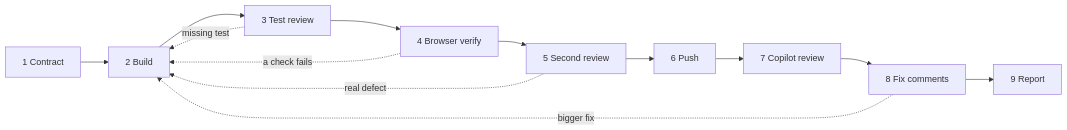
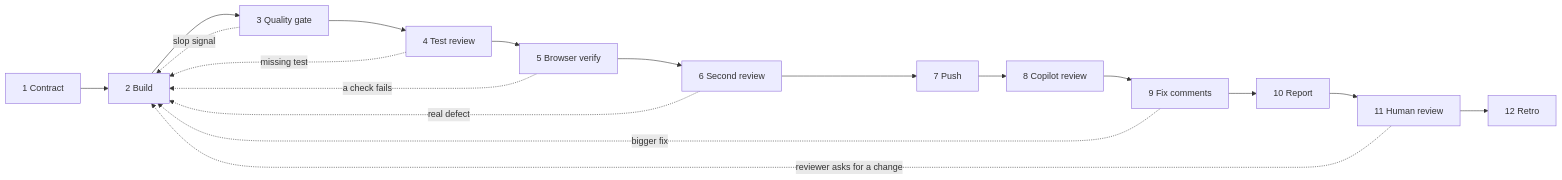
Before and after one commit to hal-9/claude-kit: the diagram in flows/story-loop/README.md, drawn with Mermaid. The commit also changed other lines of this file and 4 other files, not shown here.

````diff
--- a/flows/story-loop/README.md
+++ b/flows/story-loop/README.md
@@ -27,9 +27,12 @@
 ```mermaid
 flowchart LR
-  A[1 Contract] --> B[2 Build] --> C[3 Test review] --> D[4 Browser verify]
-  D --> E[5 Second review] --> F[6 Push] --> G[7 Copilot review] --> H[8 Fix comments] --> I[9 Report]
+  A[1 Contract] --> B[2 Build] --> Q[3 Quality gate] --> C[4 Test review] --> D[5 Browser verify]
+  D --> E[6 Second review] --> F[7 Push] --> G[8 Copilot review] --> H[9 Fix comments] --> I[10 Report]
+  I --> J[11 Human review] --> K[12 Retro]
+  Q -. slop signal .-> B
   C -. missing test .-> B
   D -. a check fails .-> B
   E -. real defect .-> B
   H -. bigger fix .-> B
+  J -. reviewer asks for a change .-> B
 ```
````
